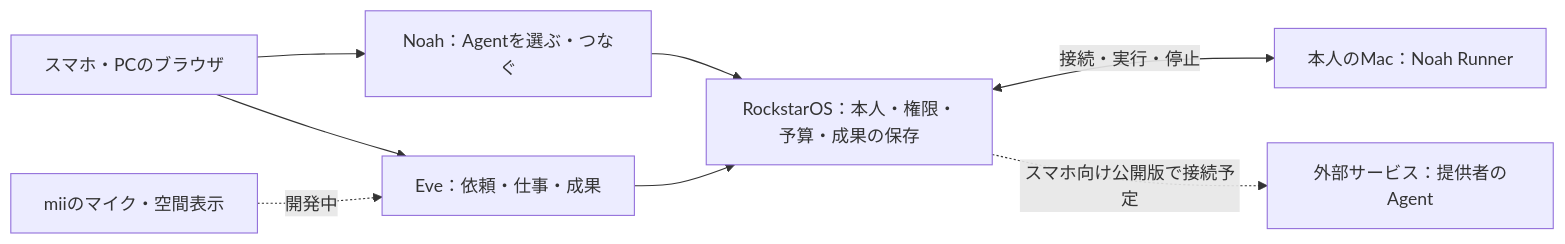
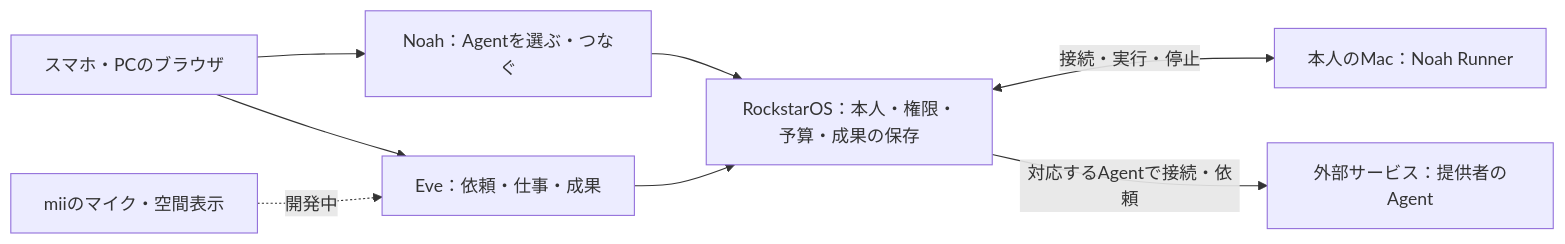
The diagram in README.md (k999ln/rock), drawn with Mermaid before and after one commit. The commit also changed other lines of this file and 4 other files, not shown here.

````diff
--- a/README.md
+++ b/README.md
@@ -237,10 +245,10 @@
 ```mermaid
 flowchart LR
   B[スマホ・PCのブラウザ] --> N[Noah：Agentを選ぶ・つなぐ]
   B --> E[Eve：依頼・仕事・成果]
   M[miiのマイク・空間表示] -. 開発中 .-> E
   N --> R
   E --> R[RockstarOS：本人・権限・予算・成果の保存]
   R <-->|接続・実行・停止| L[本人のMac：Noah Runner]
-  R -. スマホ向け公開版で接続予定 .-> A[外部サービス：提供者のAgent]
+  R -->|対応するAgentで接続・依頼| A[外部サービス：提供者のAgent]
 ```
````
